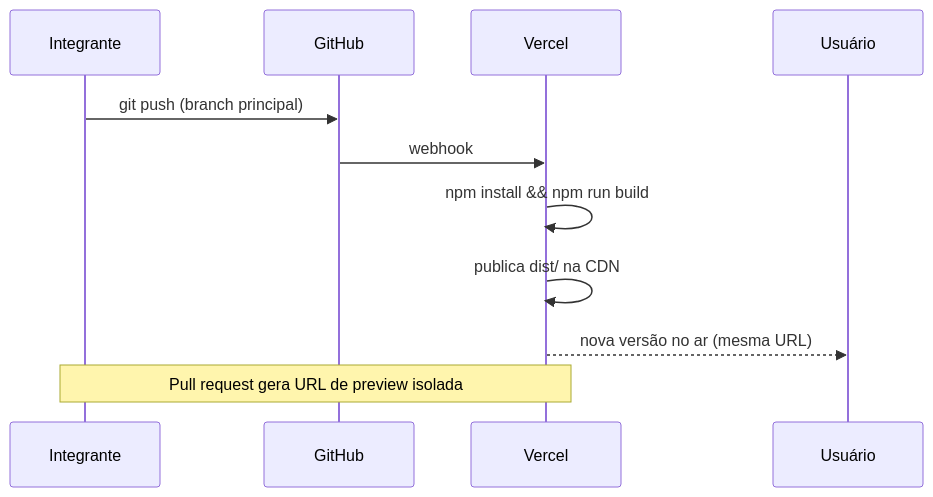
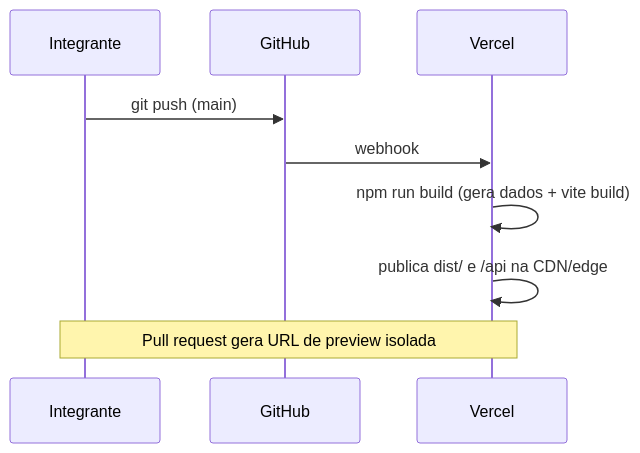
One commit to AndreiVDS/eventos-regiao changed the fourth of 4 diagrams in docs/analise/arquitetura.md. Above: the diagram before and after it, drawn with Mermaid. The commit also changed other lines of this file and 4 other files, not shown here.

````diff
--- a/docs/analise/arquitetura.md
+++ b/docs/analise/arquitetura.md
@@ -104,14 +139,11 @@
 ```mermaid
 sequenceDiagram
   participant Dev as Integrante
   participant GH as GitHub
   participant VC as Vercel
-  participant U as Usuário
-
-  Dev->>GH: git push (branch principal)
+  Dev->>GH: git push (main)
   GH->>VC: webhook
-  VC->>VC: npm install && npm run build
-  VC->>VC: publica dist/ na CDN
-  VC-->>U: nova versão no ar (mesma URL)
+  VC->>VC: npm run build (gera dados + vite build)
+  VC->>VC: publica dist/ e /api na CDN/edge
   Note over Dev,VC: Pull request gera URL de preview isolada
 ```
````
